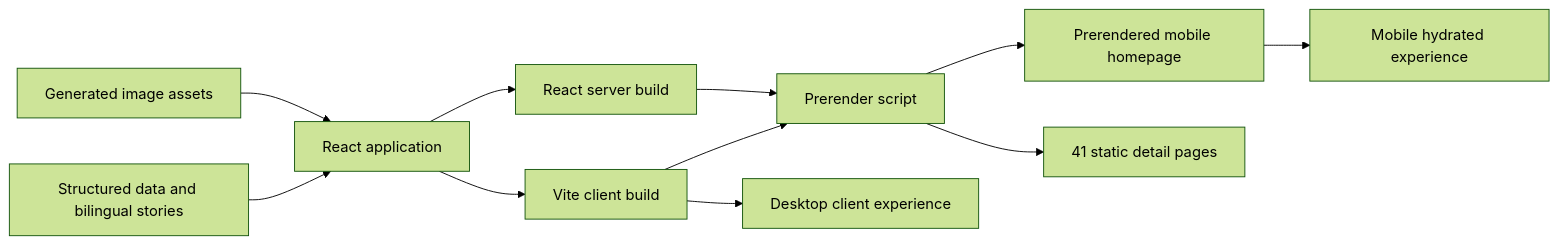
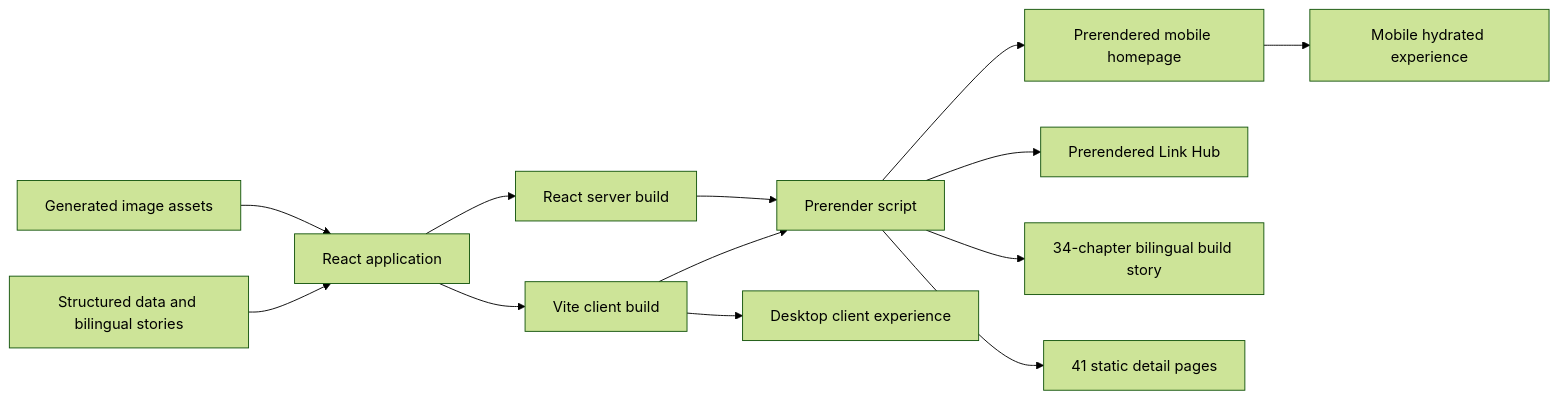
The diagram in docs/architecture.md (Ali-Sdg90/ali-sdg90.github.io), drawn with Mermaid (forest theme) before and after one commit. The commit also changed other lines of this file and 13 other files, not shown here.

````diff
--- a/docs/architecture.md
+++ b/docs/architecture.md
@@ -19,24 +19,28 @@
 ```mermaid
 flowchart LR
     Content[Structured data and bilingual stories]
     Media[Generated image assets]
     App[React application]
     Client[Vite client build]
     Server[React server build]
     Prerender[Prerender script]
     Home[Prerendered mobile homepage]
+    Links[Prerendered Link Hub]
+    Story[34-chapter bilingual build story]
     Details[41 static detail pages]
     Desktop[Desktop client experience]
     Mobile[Mobile hydrated experience]
 
     Content --> App
     Media --> App
     App --> Client
     App --> Server
     Client --> Prerender
     Server --> Prerender
     Prerender --> Home
+    Prerender --> Links
+    Prerender --> Story
     Prerender --> Details
     Home --> Mobile
     Client --> Desktop
 ```
````
